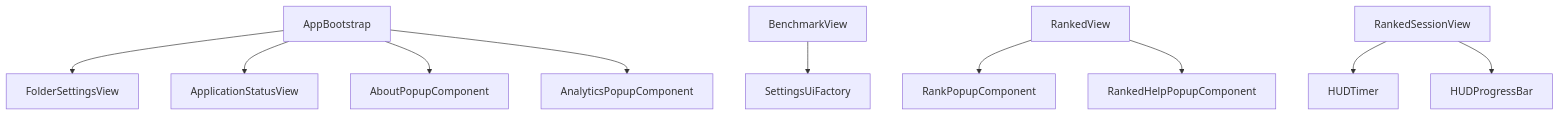
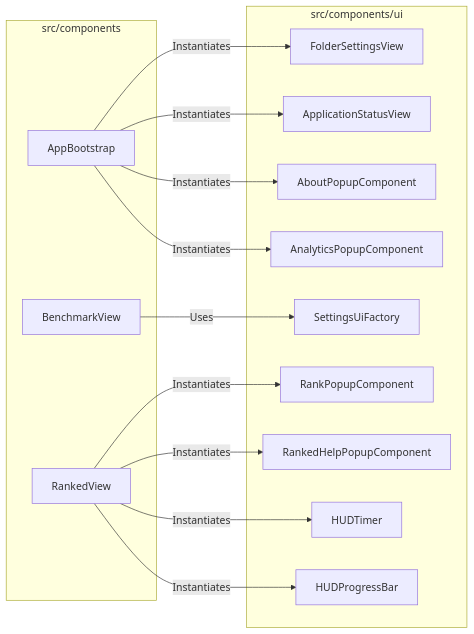
One commit to H1410101/raw_output changed the diagram in src/components/ui/_docs.md. Above: the diagram before and after it, drawn with Mermaid. The commit also changed other lines of this file and 8 other files, not shown here.

````diff
--- a/src/components/ui/_docs.md
+++ b/src/components/ui/_docs.md
@@ -21,14 +5,32 @@
 ```mermaid
-graph TD
-    AppBootstrap --> FolderSettingsView
-    AppBootstrap --> ApplicationStatusView
-    AppBootstrap --> AboutPopupComponent
-    AppBootstrap --> AnalyticsPopupComponent
+graph LR
+    subgraph "src/components"
+        AppBootstrap
+        BenchmarkView
+        RankedView
+    end
+
+    subgraph "src/components/ui"
+        FolderSettingsView
+        ApplicationStatusView
+        AboutPopupComponent
+        AnalyticsPopupComponent
+        SettingsUiFactory
+        RankPopupComponent
+        RankedHelpPopupComponent
+        HUDTimer
+        HUDProgressBar
+    end
+
+    AppBootstrap -->|Instantiates| FolderSettingsView
+    AppBootstrap -->|Instantiates| ApplicationStatusView
+    AppBootstrap -->|Instantiates| AboutPopupComponent
+    AppBootstrap -->|Instantiates| AnalyticsPopupComponent
     
-    BenchmarkView --> SettingsUiFactory
-    RankedView --> RankPopupComponent
-    RankedView --> RankedHelpPopupComponent
+    BenchmarkView -->|Uses| SettingsUiFactory
+    RankedView -->|Instantiates| RankPopupComponent
+    RankedView -->|Instantiates| RankedHelpPopupComponent
     
-    RankedSessionView --> HUDTimer
-    RankedSessionView --> HUDProgressBar
+    RankedView -->|Instantiates| HUDTimer
+    RankedView -->|Instantiates| HUDProgressBar
 ```
````
